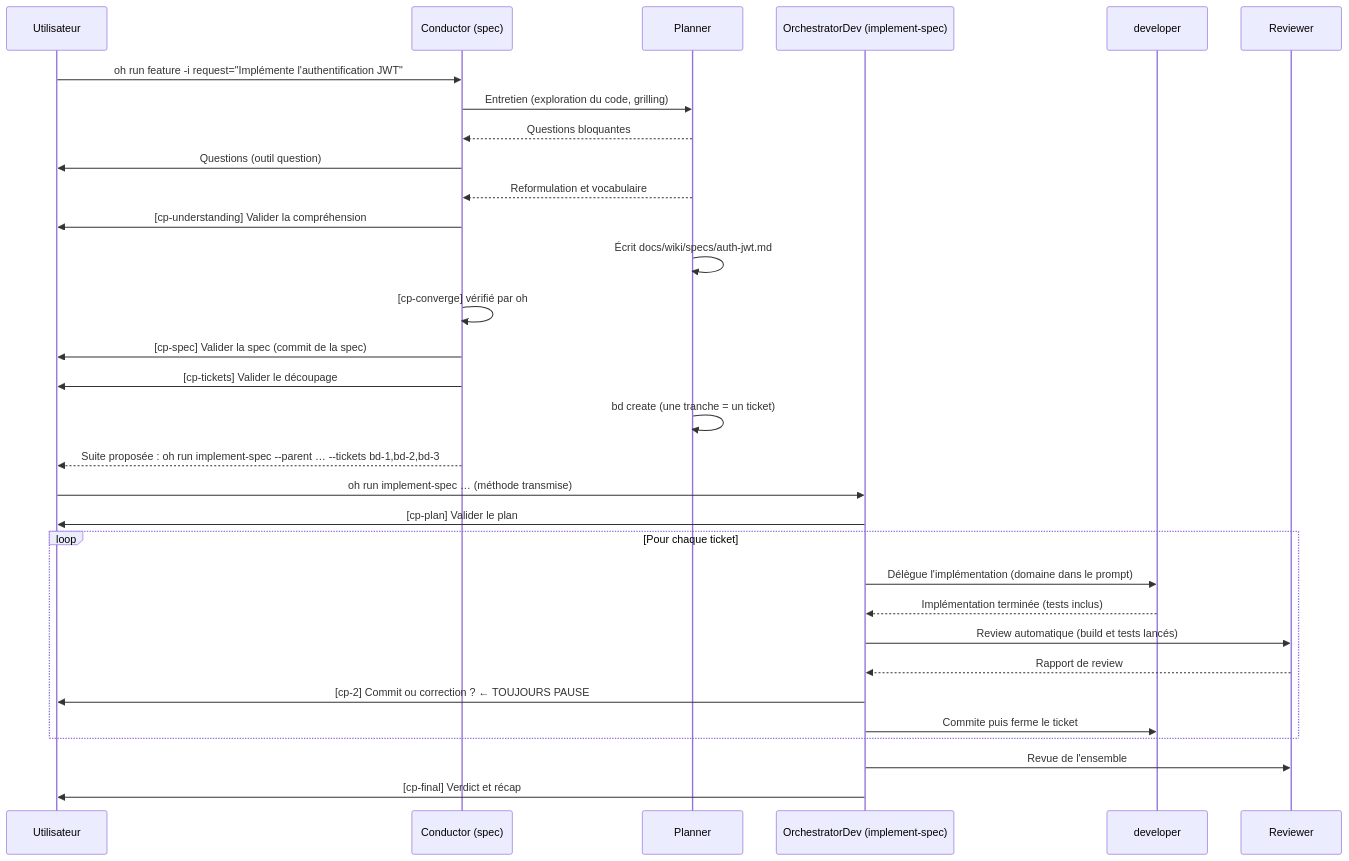
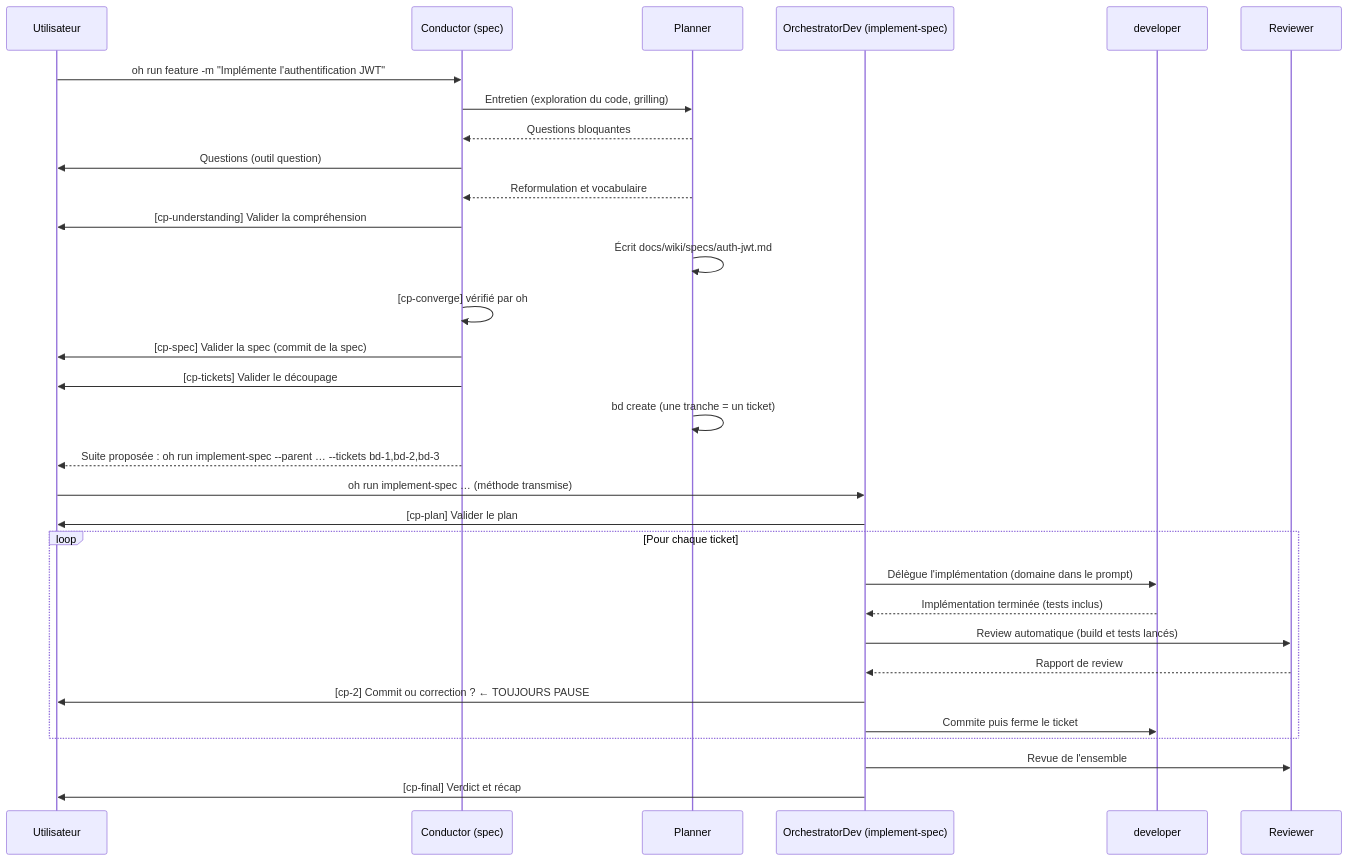
Before and after one commit to datichb/openhub: the second of 7 diagrams in docs/guides/workflows.fr.md, drawn with Mermaid. The commit also changed other lines of this file and 25 other files, not shown here.

Commit message:
feat(run): -m as the short form of -i request=… when the workflow has a request input (modernisation p7-leftovers)

````diff
--- a/docs/guides/workflows.fr.md
+++ b/docs/guides/workflows.fr.md
@@ -113,35 +113,35 @@
 ```mermaid
 sequenceDiagram
     participant U as Utilisateur
     participant C as Conductor (spec)
     participant PL as Planner
     participant OD as OrchestratorDev (implement-spec)
     participant DEV as developer
     participant R as Reviewer
 
-    U->>C: oh run feature -i request="Implémente l'authentification JWT"
+    U->>C: oh run feature -m "Implémente l'authentification JWT"
     C->>PL: Entretien (exploration du code, grilling)
     PL-->>C: Questions bloquantes
     C->>U: Questions (outil question)
     PL-->>C: Reformulation et vocabulaire
     C->>U: [cp-understanding] Valider la compréhension
     PL->>PL: Écrit docs/wiki/specs/auth-jwt.md
     C->>C: [cp-converge] vérifié par oh
     C->>U: [cp-spec] Valider la spec (commit de la spec)
     C->>U: [cp-tickets] Valider le découpage
     PL->>PL: bd create (une tranche = un ticket)
     C-->>U: Suite proposée : oh run implement-spec --parent … --tickets bd-1,bd-2,bd-3
 
     U->>OD: oh run implement-spec … (méthode transmise)
     OD->>U: [cp-plan] Valider le plan
     loop Pour chaque ticket
         OD->>DEV: Délègue l'implémentation (domaine dans le prompt)
         DEV-->>OD: Implémentation terminée (tests inclus)
         OD->>R: Review automatique (build et tests lancés)
         R-->>OD: Rapport de review
         OD->>U: [cp-2] Commit ou correction ? ← TOUJOURS PAUSE
         OD->>DEV: Commite puis ferme le ticket
     end
     OD->>R: Revue de l'ensemble
     OD->>U: [cp-final] Verdict et récap
 ```
````
